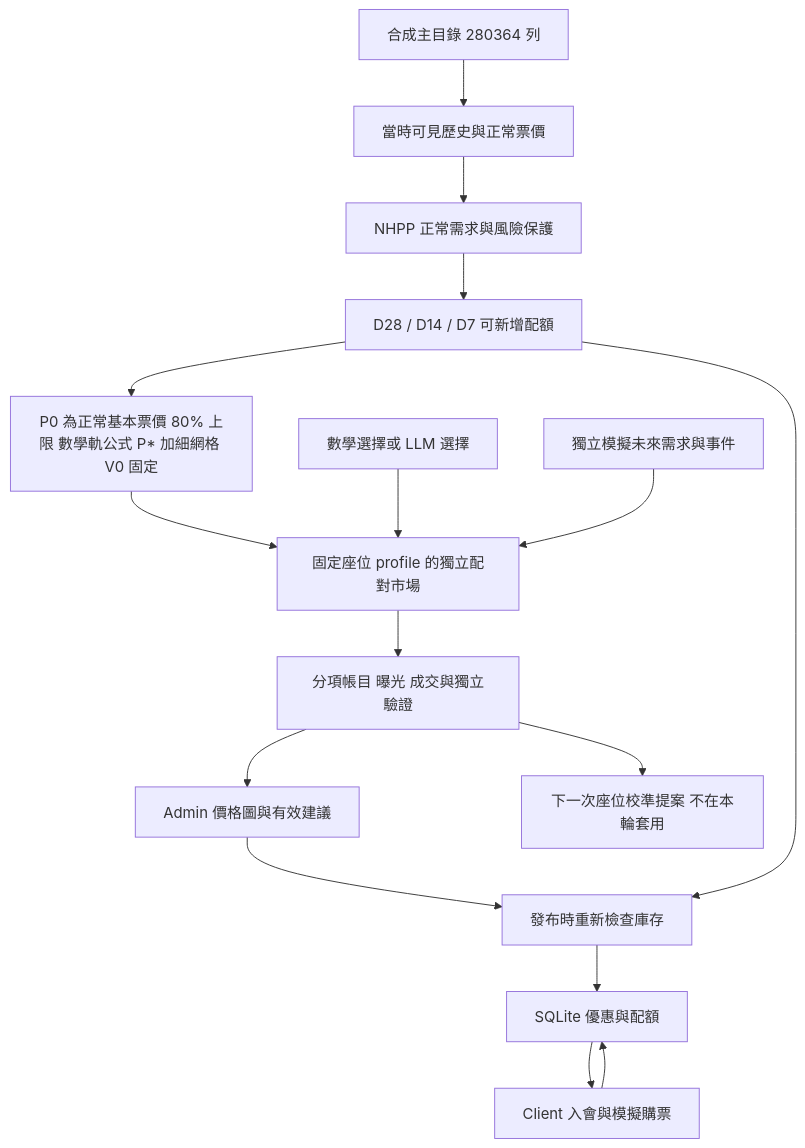
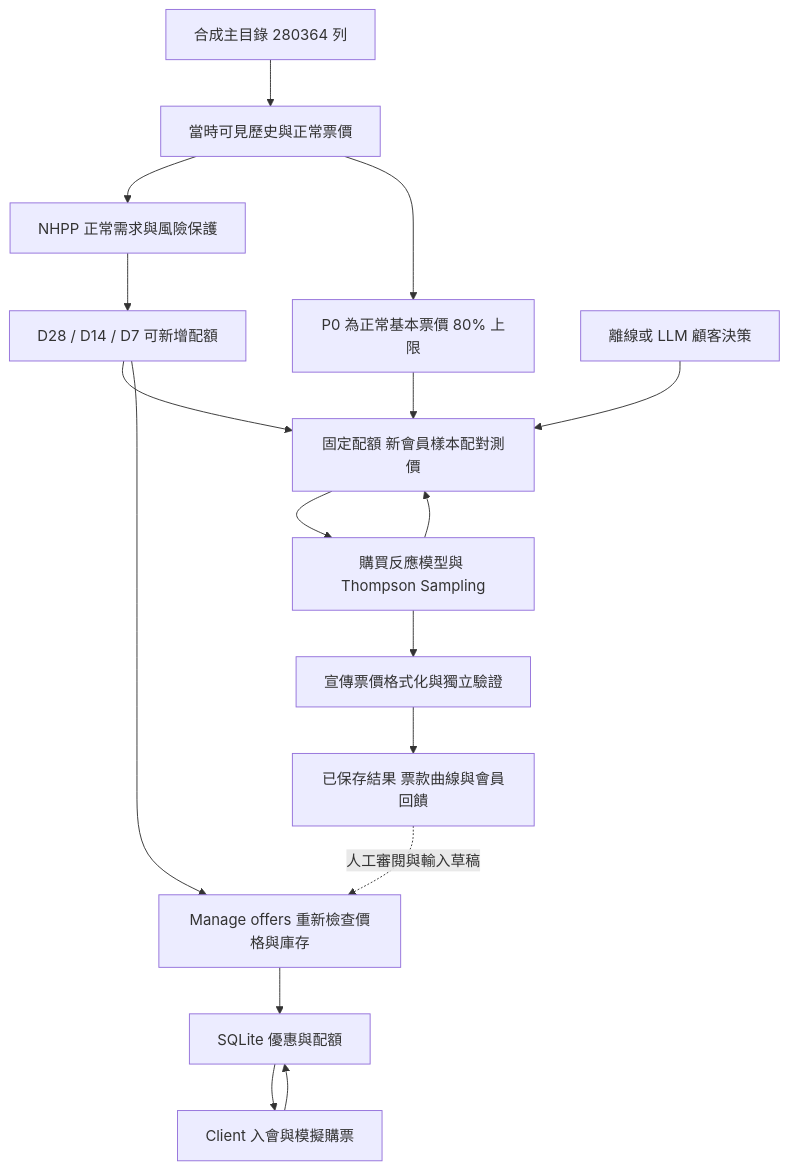
Before and after one commit to Horse-MA00/E117-AirplaneCPU: the diagram in docs/CURRENT_IMPLEMENTATION.md, drawn with Mermaid. The commit also changed other lines of this file and 21 other files, not shown here.

First line of the commit message:
Make Admin pricing Thompson-only and fix the customer cohort

````diff
--- a/docs/CURRENT_IMPLEMENTATION.md
+++ b/docs/CURRENT_IMPLEMENTATION.md
@@ -35,18 +37,19 @@
 ```mermaid
 flowchart TD
     S[合成主目錄 280364 列] --> D[當時可見歷史與正常票價]
     D --> N[NHPP 正常需求與風險保護]
     N --> R[D28 / D14 / D7 可新增配額]
-    R --> P[P0 為正常基本票價 80% 上限 數學軌公式 P* 加細網格 V0 固定]
-    P --> W[固定座位 profile 的獨立配對市場]
-    M[數學選擇或 LLM 選擇] --> W
-    T[獨立模擬未來需求與事件] --> W
-    W --> E[分項帳目 曝光 成交與獨立驗證]
-    E --> F[Admin 價格圖與有效建議]
-    E --> U[下一次座位校準提案 不在本輪套用]
-    F --> A[發布時重新檢查庫存]
+    D --> P[P0 為正常基本票價 80% 上限]
+    R --> W[固定配額 新會員樣本配對測價]
+    P --> W
+    M[離線或 LLM 顧客決策] --> W
+    W --> T[購買反應模型與 Thompson Sampling]
+    T --> W
+    T --> V[宣傳票價格式化與獨立驗證]
+    V --> E[已保存結果 票款曲線與會員回饋]
+    E -. 人工審閱與輸入草稿 .-> A[Manage offers 重新檢查價格與庫存]
     R --> A
     A --> Q[SQLite 優惠與配額]
     Q --> C[Client 入會與模擬購票]
     C --> Q
 ```
````
